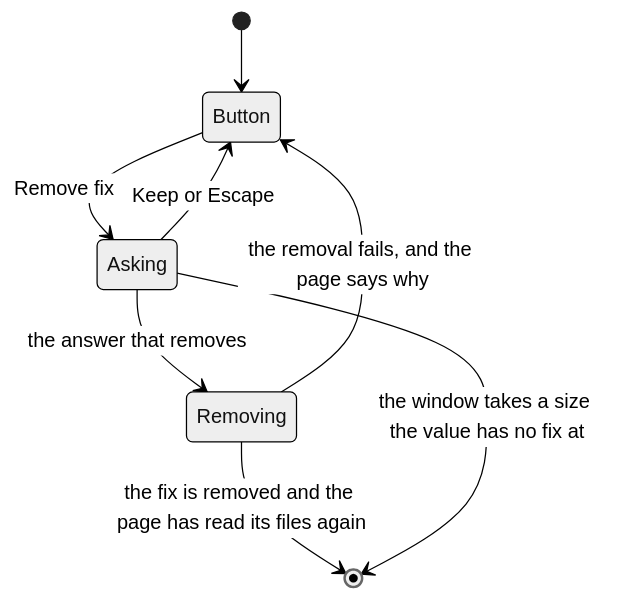
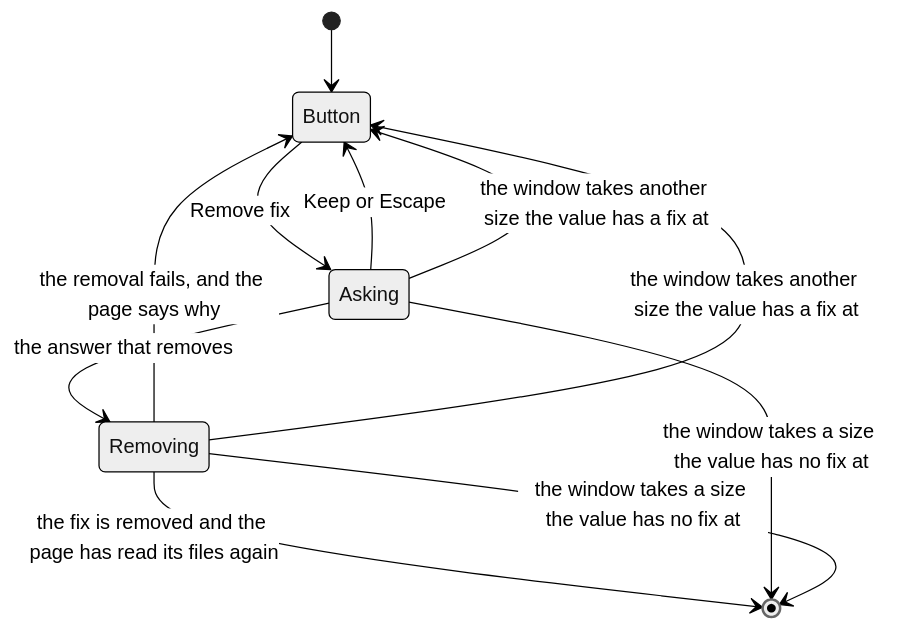
Before and after one commit to TheLunchTrae/appy-tappy: diagram 44 of 55 in wiki/State-machines.md, drawn with Mermaid (neutral theme). The commit also changed other lines of this file and 11 other files, not shown here.

````diff
--- a/wiki/State-machines.md
+++ b/wiki/State-machines.md
@@ -3008,10 +3025,13 @@
 ```mermaid
 stateDiagram-v2
     [*] --> Button
     Button --> Asking: Remove fix
     Asking --> Button: Keep or Escape
     Asking --> Removing: the answer that removes
     Removing --> [*]: the fix is removed and the page has read its files again
     Removing --> Button: the removal fails, and the page says why
     Asking --> [*]: the window takes a size the value has no fix at
+    Asking --> Button: the window takes another size the value has a fix at
+    Removing --> [*]: the window takes a size the value has no fix at
+    Removing --> Button: the window takes another size the value has a fix at
 ```
````
